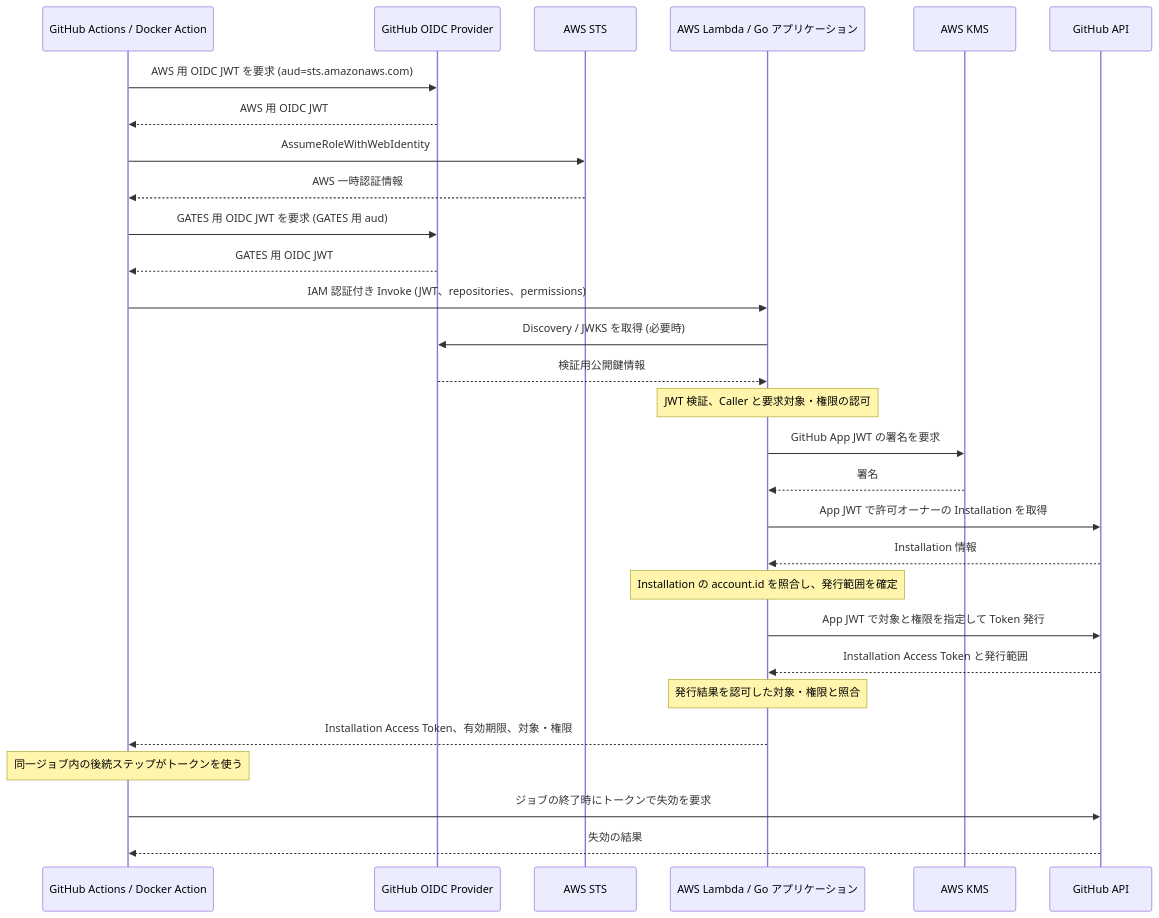
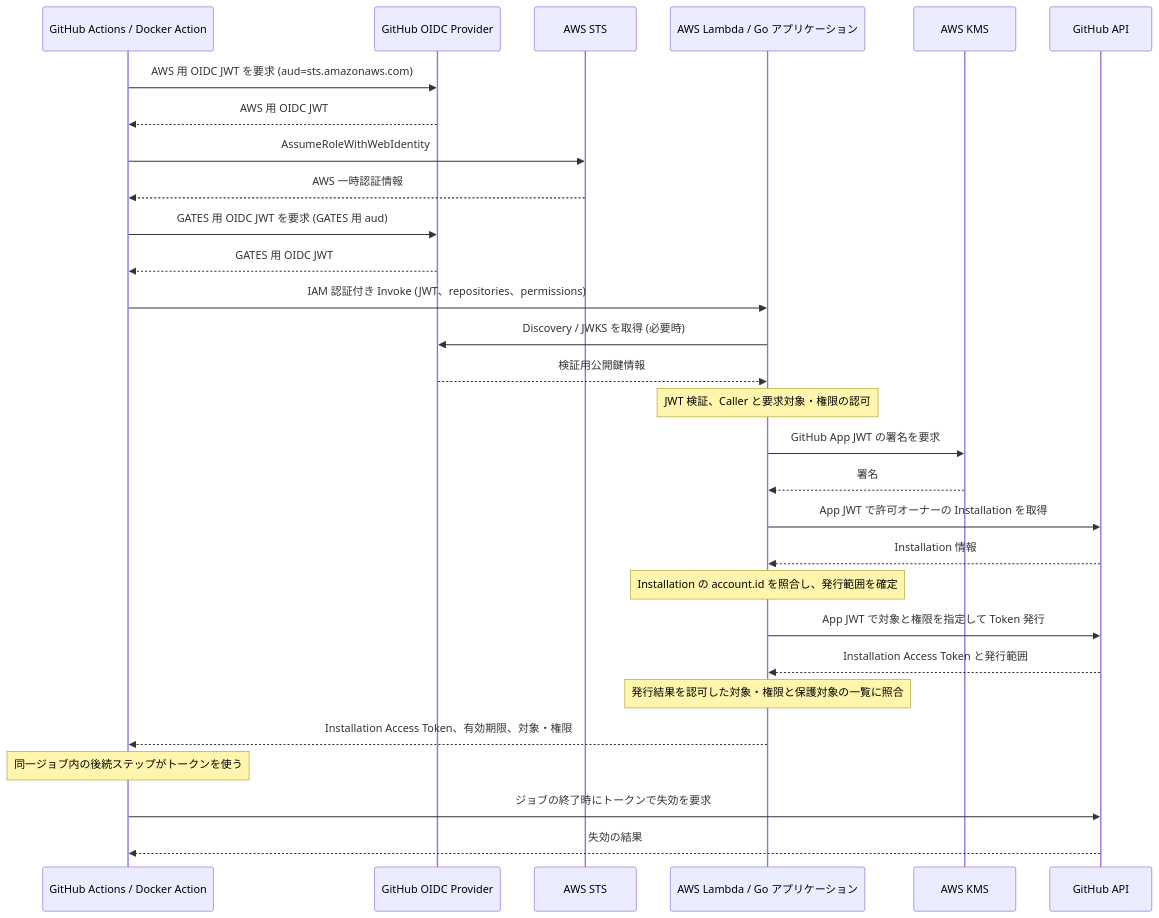
The second of 2 diagrams in docs/design/architecture.md (tmknom/gates), drawn with Mermaid before and after one commit. The commit also changed other lines of this file and 4 other files, not shown here.

````diff
--- a/docs/design/architecture.md
+++ b/docs/design/architecture.md
@@ -69,31 +69,31 @@
 ```mermaid
 sequenceDiagram
   participant A as GitHub Actions / Docker Action
   participant O as GitHub OIDC Provider
   participant S as AWS STS
   participant L as AWS Lambda / Go アプリケーション
   participant K as AWS KMS
   participant G as GitHub API
   A->>O: AWS 用 OIDC JWT を要求 (aud=sts.amazonaws.com)
   O-->>A: AWS 用 OIDC JWT
   A->>S: AssumeRoleWithWebIdentity
   S-->>A: AWS 一時認証情報
   A->>O: GATES 用 OIDC JWT を要求 (GATES 用 aud)
   O-->>A: GATES 用 OIDC JWT
   A->>L: IAM 認証付き Invoke (JWT、repositories、permissions)
   L->>O: Discovery / JWKS を取得 (必要時)
   O-->>L: 検証用公開鍵情報
   Note over L: JWT 検証、Caller と要求対象・権限の認可
   L->>K: GitHub App JWT の署名を要求
   K-->>L: 署名
   L->>G: App JWT で許可オーナーの Installation を取得
   G-->>L: Installation 情報
   Note over L: Installation の account.id を照合し、発行範囲を確定
   L->>G: App JWT で対象と権限を指定して Token 発行
   G-->>L: Installation Access Token と発行範囲
-  Note over L: 発行結果を認可した対象・権限と照合
+  Note over L: 発行結果を認可した対象・権限と保護対象の一覧に照合
   L-->>A: Installation Access Token、有効期限、対象・権限
   Note over A: 同一ジョブ内の後続ステップがトークンを使う
   A->>G: ジョブの終了時にトークンで失効を要求
   G-->>A: 失効の結果
 ```
````
